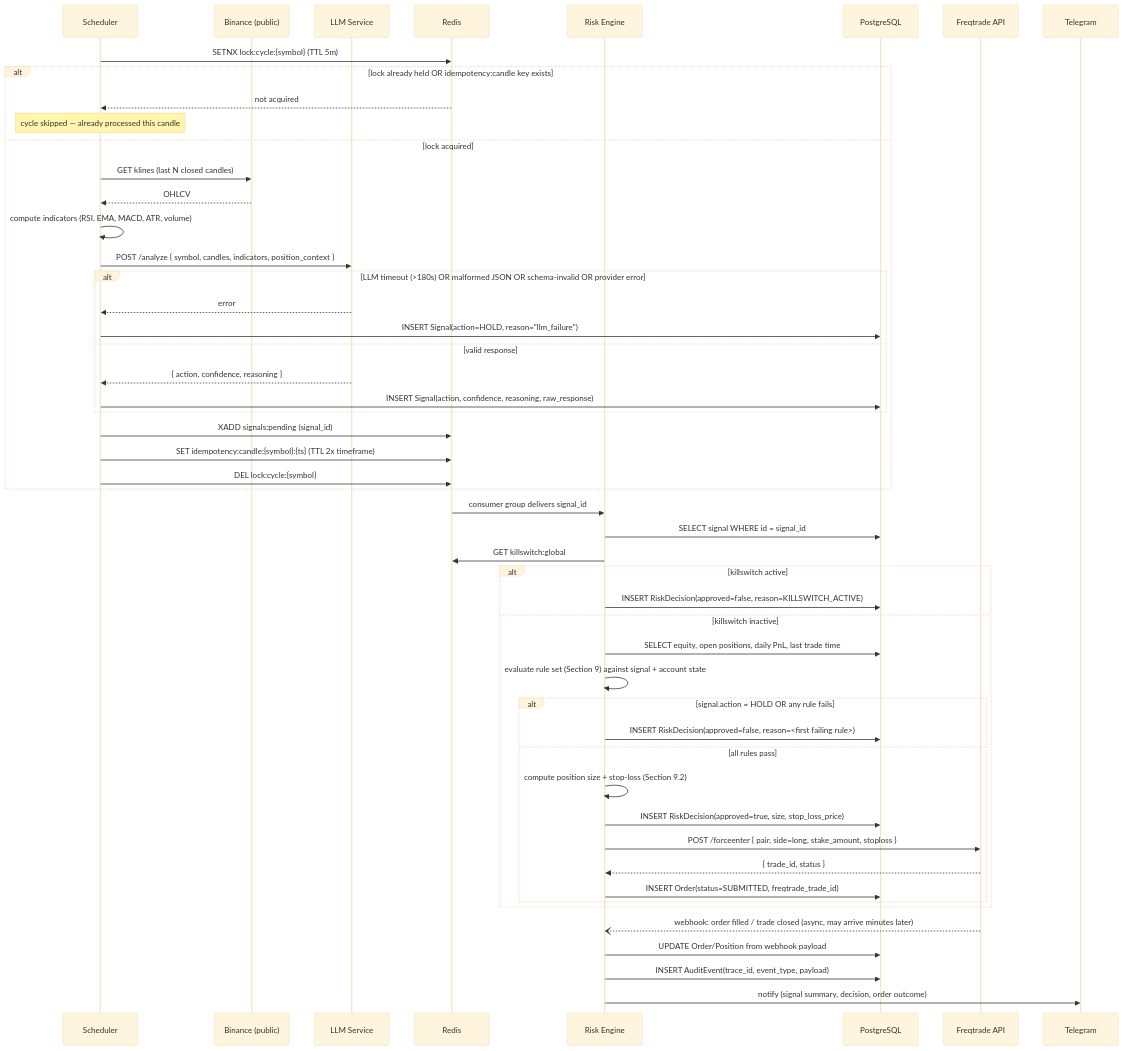
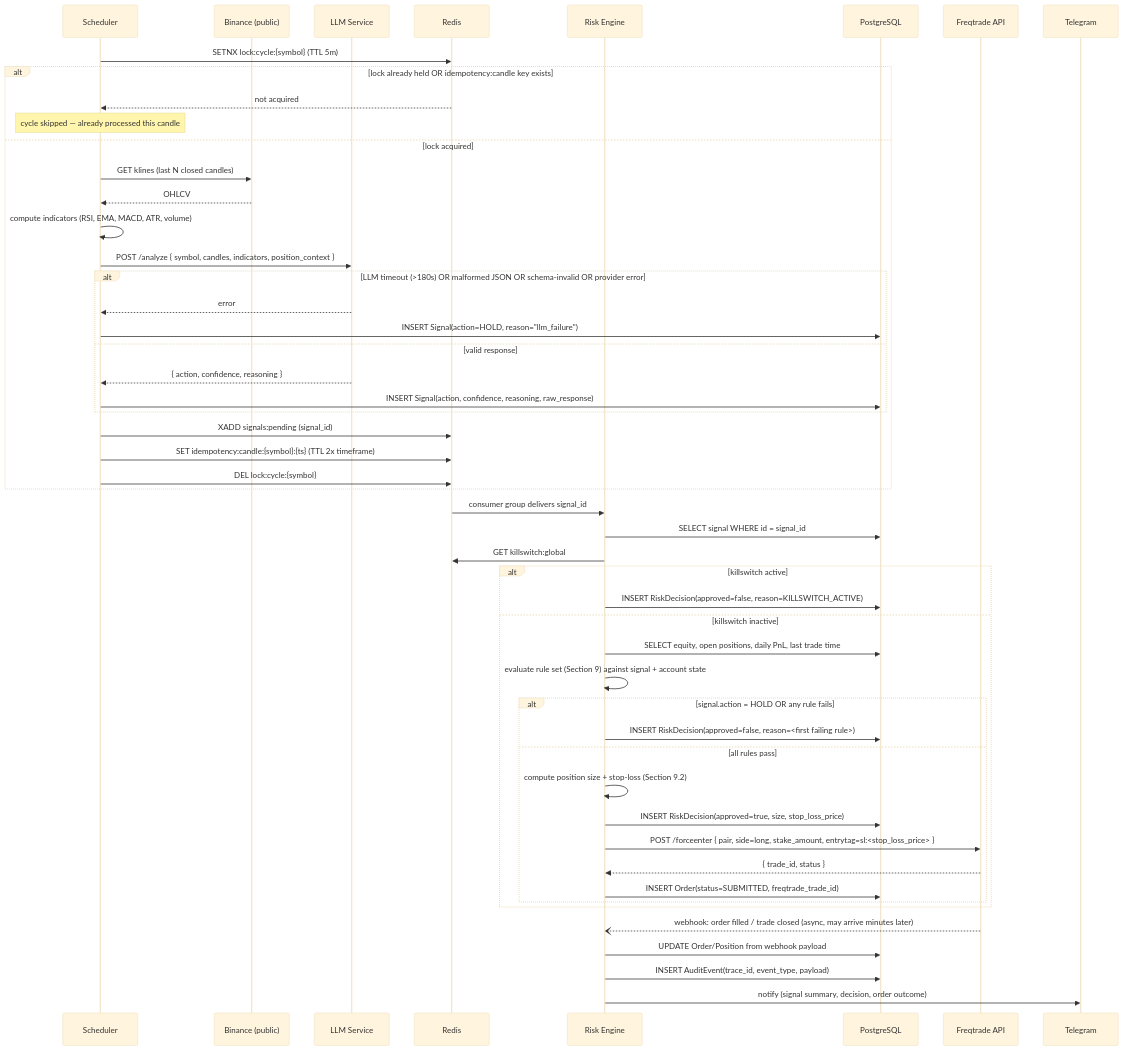
Before and after one commit to quang-ng/TradeMind: the second of 3 diagrams in PROJECT.md, drawn with Mermaid (base theme). The commit also changed other lines of this file and 11 other files, not shown here.

Commit message:
feat: implement symmetric exit rubric for loss-cutting and enhance stop-loss handling

````diff
--- a/PROJECT.md
+++ b/PROJECT.md
@@ -166,60 +166,60 @@
 ```mermaid
 sequenceDiagram
     participant SCH as Scheduler
     participant BIN as Binance (public)
     participant LLM as LLM Service
     participant RED as Redis
     participant RE as Risk Engine
     participant PG as PostgreSQL
     participant FT as Freqtrade API
     participant TG as Telegram
 
     SCH->>RED: SETNX lock:cycle:{symbol} (TTL 5m)
     alt lock already held OR idempotency:candle key exists
         RED-->>SCH: not acquired
         Note over SCH: cycle skipped — already processed this candle
     else lock acquired
         SCH->>BIN: GET klines (last N closed candles)
         BIN-->>SCH: OHLCV
         SCH->>SCH: compute indicators (RSI, EMA, MACD, ATR, volume)
         SCH->>LLM: POST /analyze { symbol, candles, indicators, position_context }
 
         alt LLM timeout (>180s) OR malformed JSON OR schema-invalid OR provider error
             LLM-->>SCH: error
             SCH->>PG: INSERT Signal(action=HOLD, reason="llm_failure")
         else valid response
             LLM-->>SCH: { action, confidence, reasoning }
             SCH->>PG: INSERT Signal(action, confidence, reasoning, raw_response)
         end
 
         SCH->>RED: XADD signals:pending (signal_id)
         SCH->>RED: SET idempotency:candle:{symbol}:{ts} (TTL 2x timeframe)
         SCH->>RED: DEL lock:cycle:{symbol}
     end
 
     RED->>RE: consumer group delivers signal_id
     RE->>PG: SELECT signal WHERE id = signal_id
     RE->>RED: GET killswitch:global
 
     alt killswitch active
         RE->>PG: INSERT RiskDecision(approved=false, reason=KILLSWITCH_ACTIVE)
     else killswitch inactive
         RE->>PG: SELECT equity, open positions, daily PnL, last trade time
         RE->>RE: evaluate rule set (Section 9) against signal + account state
 
         alt signal.action = HOLD OR any rule fails
             RE->>PG: INSERT RiskDecision(approved=false, reason=<first failing rule>)
         else all rules pass
             RE->>RE: compute position size + stop-loss (Section 9.2)
             RE->>PG: INSERT RiskDecision(approved=true, size, stop_loss_price)
-            RE->>FT: POST /forceenter { pair, side=long, stake_amount, stoploss }
+            RE->>FT: POST /forceenter { pair, side=long, stake_amount, entrytag=sl:<stop_loss_price> }
             FT-->>RE: { trade_id, status }
             RE->>PG: INSERT Order(status=SUBMITTED, freqtrade_trade_id)
         end
     end
 
     FT--)RE: webhook: order filled / trade closed (async, may arrive minutes later)
     RE->>PG: UPDATE Order/Position from webhook payload
     RE->>PG: INSERT AuditEvent(trace_id, event_type, payload)
     RE->>TG: notify (signal summary, decision, order outcome)
 ```
````
